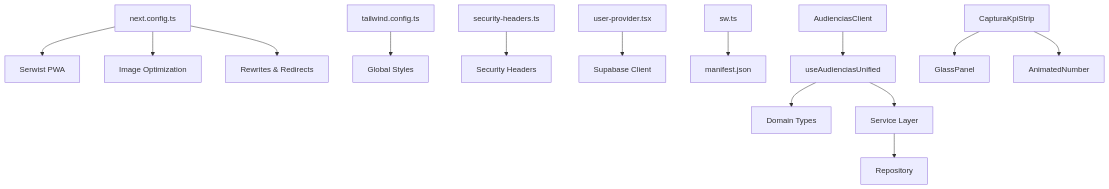
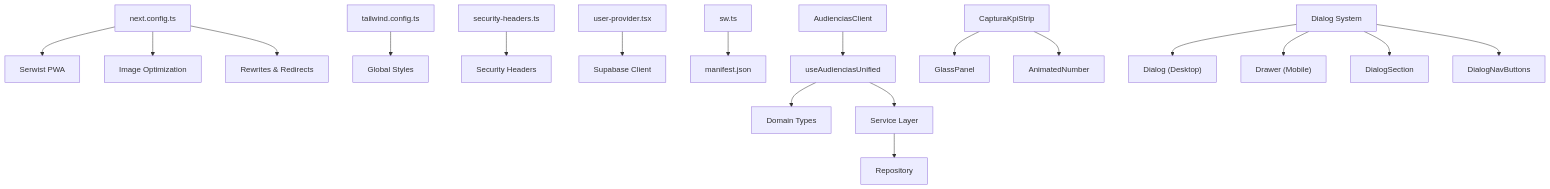
The ninth of 9 diagrams in .qoder/repowiki/en/content/Architecture Overview/Frontend Architecture (Next.js App Router).md (SinesysTech/zattar-os), drawn with Mermaid before and after one commit. The commit also changed other lines of this file and 31 other files, not shown here.

````diff
--- a/.qoder/repowiki/en/content/Architecture Overview/Frontend Architecture (Next.js App Router).md
+++ b/.qoder/repowiki/en/content/Architecture Overview/Frontend Architecture (Next.js App Router).md
@@ -424,16 +495,20 @@
 ```mermaid
 graph TB
 NextCfg["next.config.ts"] --> PWA["Serwist PWA"]
 NextCfg --> Images["Image Optimization"]
 NextCfg --> Rewrites["Rewrites & Redirects"]
 TailwindCfg["tailwind.config.ts"] --> Styles["Global Styles"]
 SecHeaders["security-headers.ts"] --> Headers["Security Headers"]
 UserProv["user-provider.tsx"] --> Supabase["Supabase Client"]
 SW["sw.ts"] --> Manifest["manifest.json"]
 AudienciasClient["AudienciasClient"] --> UnifiedHook["useAudienciasUnified"]
 UnifiedHook --> Domain["Domain Types"]
 UnifiedHook --> Service["Service Layer"]
 Service --> Repository["Repository"]
 CapturaKpi["CapturaKpiStrip"] --> GlassPanel["GlassPanel"]
 CapturaKpi --> AnimatedNumber["AnimatedNumber"]
+DialogSystem["Dialog System"] --> Dialog["Dialog (Desktop)"]
+DialogSystem --> Drawer["Drawer (Mobile)"]
+DialogSystem --> DialogSection["DialogSection"]
+DialogSystem --> DialogNavButtons["DialogNavButtons"]
 ```
````
